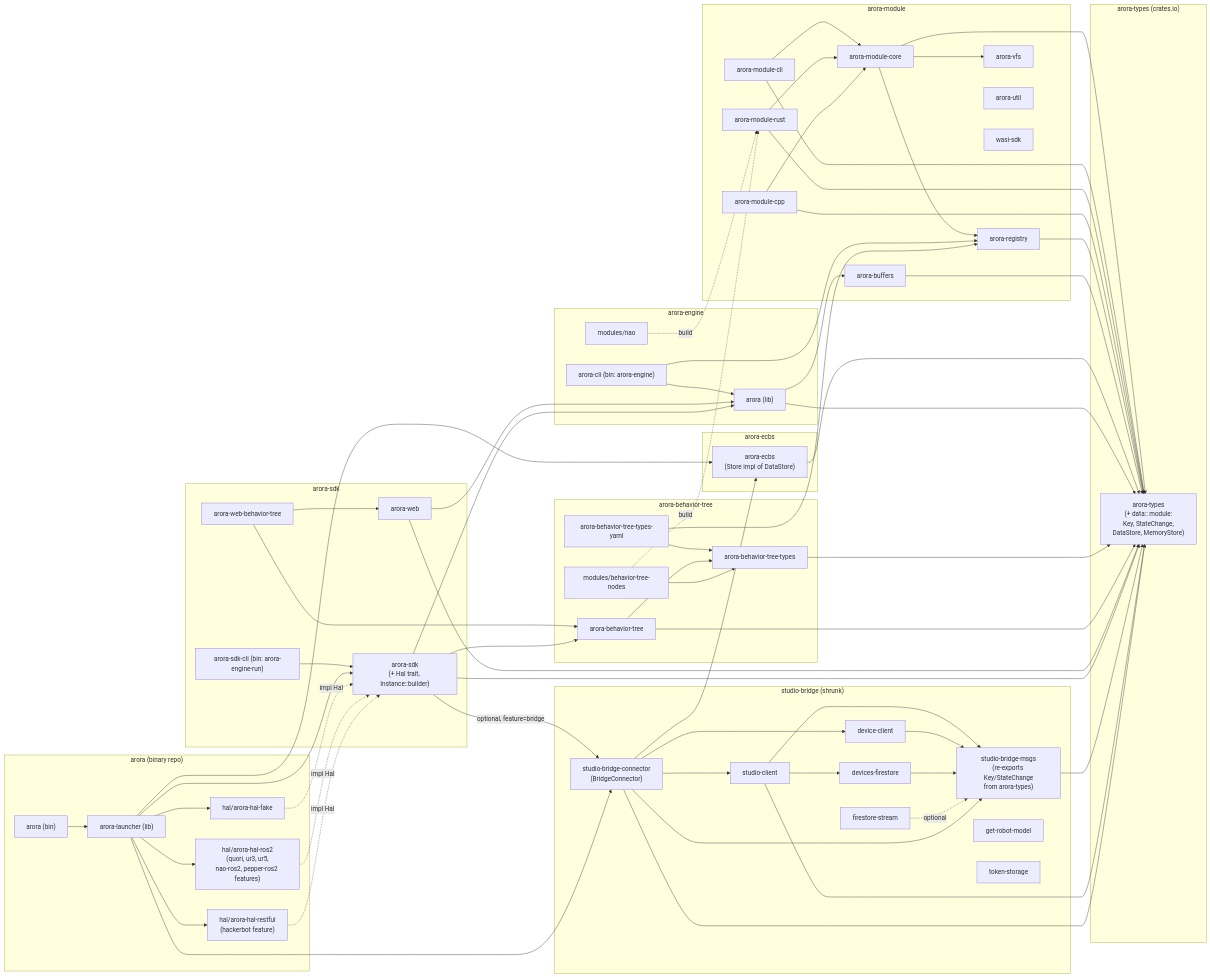
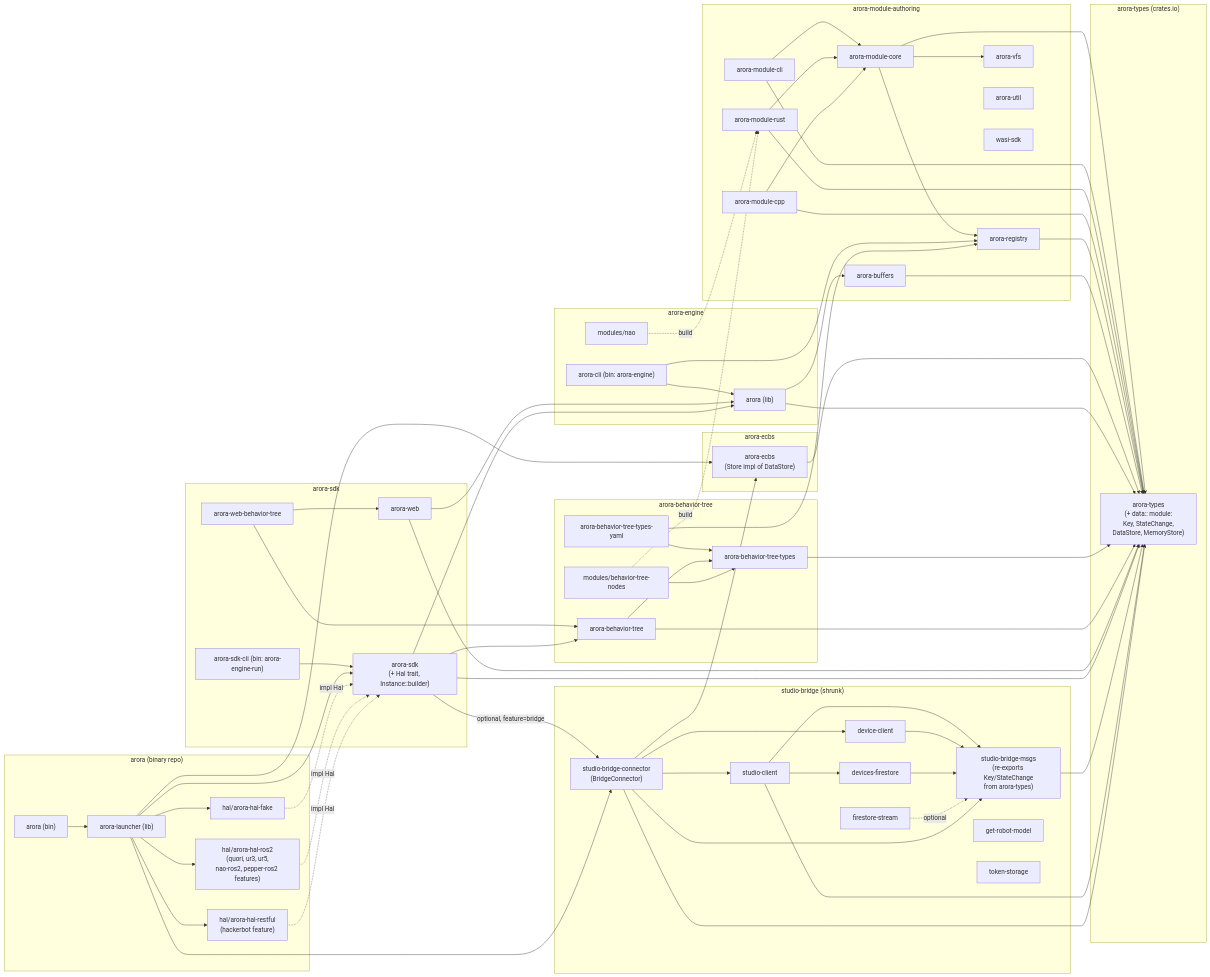
The third of 5 diagrams in docs/proposal-bring-studio-bridge-in.md (semio-ai/arora-sdk), drawn with Mermaid before and after one commit. The commit also changed other lines of this file and 2 other files, not shown here.

Commit message:
docs: address PR 72 review — rename arora-module repo, define arora-web
- Rename the proposed module-authoring repo `arora-module` →
  `arora-module-authoring` across both proposals (Saad/Andy's
  suggestion). Crate names (arora-module-core/-cli/-rust/-cpp) are
  unchanged — only the repo name moves.
- Define `arora-web` at its first mention: a tentative stand-alone
  wasm-bindgen web binding of the engine (potential NPM package), with
  a note on likely consumers (Studio RS via arora-engine directly;
  Vizij Workspace via arora-web) and that its long-term fate is open.

```diff
--- a/docs/proposal-bring-studio-bridge-in.md
+++ b/docs/proposal-bring-studio-bridge-in.md
@@ -276,7 +276,7 @@
         ecbs["arora-ecbs<br/>(Store impl of DataStore)"]
     end
 
-    subgraph module_repo["arora-module"]
+    subgraph module_repo["arora-module-authoring"]
         m_core["arora-module-core"]
         m_cli["arora-module-cli"]
         m_rust["arora-module-rust"]
@@ -327,7 +327,7 @@
         a_hal_rest["hal/arora-hal-restful<br/>(hackerbot feature)"]
     end
 
-    %% arora-module internal (from proposal 1)
+    %% arora-module-authoring internal (from proposal 1)
     m_core --> types
     m_core --> m_reg
     m_core --> m_vfs
```
